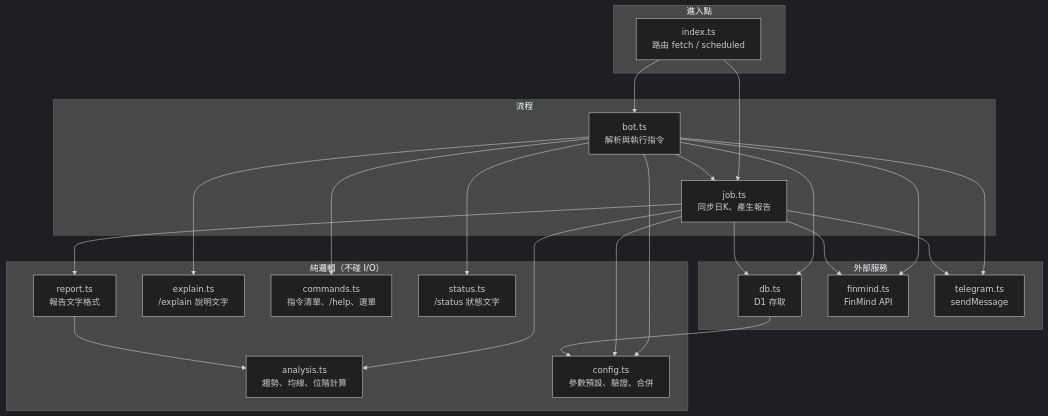
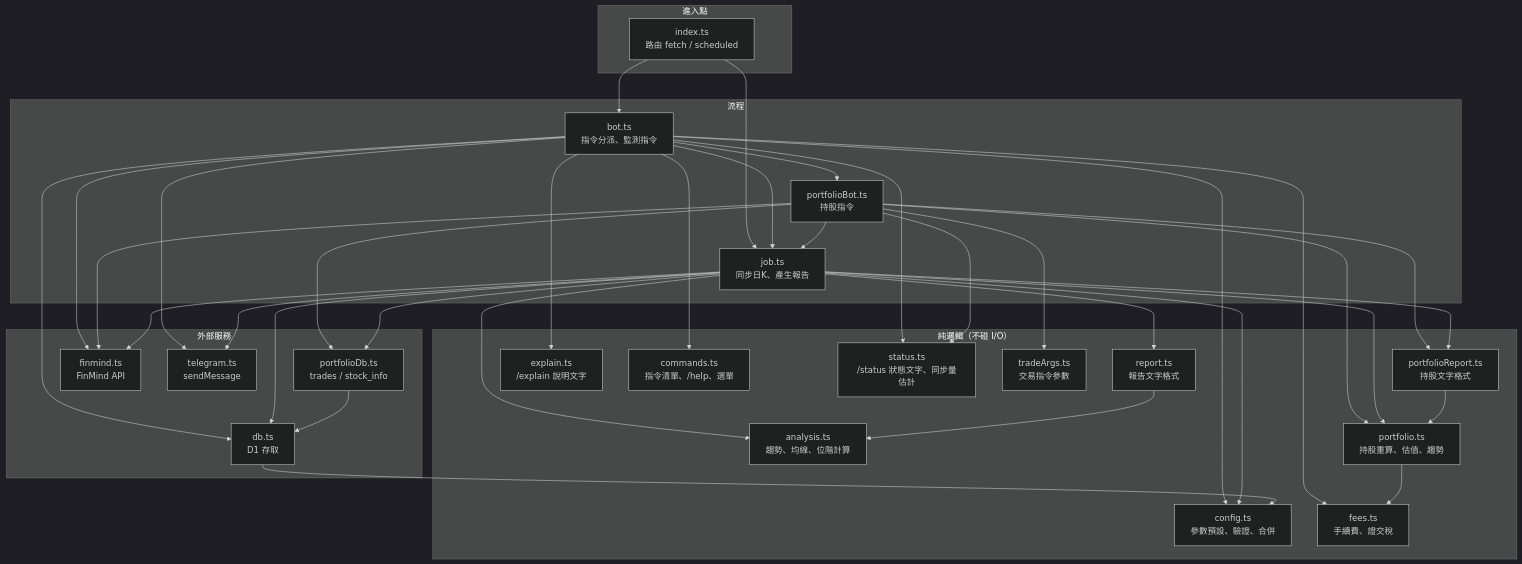
Before and after one commit to Ja7423/stock-tw-monitor: the second of 7 diagrams in doc/architecture.md, drawn with Mermaid (dark theme). The commit also changed other lines of this file and 4 other files, not shown here.

````diff
--- a/doc/architecture.md
+++ b/doc/architecture.md
@@ -47,45 +47,66 @@
 ```mermaid
 flowchart TD
   subgraph entry["進入點"]
     index["index.ts<br/>路由 fetch / scheduled"]
   end
 
   subgraph flow["流程"]
-    bot["bot.ts<br/>解析與執行指令"]
+    bot["bot.ts<br/>指令分派、監測指令"]
+    pbot["portfolioBot.ts<br/>持股指令"]
     job["job.ts<br/>同步日K、產生報告"]
   end
 
   subgraph domain["純邏輯（不碰 I/O）"]
     analysis["analysis.ts<br/>趨勢、均線、位階計算"]
     report["report.ts<br/>報告文字格式"]
     config["config.ts<br/>參數預設、驗證、合併"]
     explain["explain.ts<br/>/explain 說明文字"]
     commands["commands.ts<br/>指令清單、/help、選單"]
-    status["status.ts<br/>/status 狀態文字"]
+    status["status.ts<br/>/status 狀態文字、同步量估計"]
+    portfolio["portfolio.ts<br/>持股重算、估值、趨勢"]
+    fees["fees.ts<br/>手續費、證交稅"]
+    tradeArgs["tradeArgs.ts<br/>交易指令參數"]
+    preport["portfolioReport.ts<br/>持股文字格式"]
   end
 
   subgraph io["外部服務"]
     db["db.ts<br/>D1 存取"]
+    pdb["portfolioDb.ts<br/>trades / stock_info"]
     finmind["finmind.ts<br/>FinMind API"]
     telegram["telegram.ts<br/>sendMessage"]
   end
 
   index --> bot
   index --> job
+  bot --> pbot
   bot --> job
   bot --> config
   bot --> explain
   bot --> commands
   bot --> status
+  bot --> fees
   bot --> db
   bot --> finmind
   bot --> telegram
+  pbot --> job
+  pbot --> portfolio
+  pbot --> tradeArgs
+  pbot --> preport
+  pbot --> status
+  pbot --> pdb
+  pbot --> finmind
   job --> analysis
   job --> report
+  job --> portfolio
+  job --> preport
   job --> config
   job --> db
+  job --> pdb
   job --> finmind
   job --> telegram
   report --> analysis
+  preport --> portfolio
+  portfolio --> fees
   db --> config
+  pdb --> db
 ```
````
